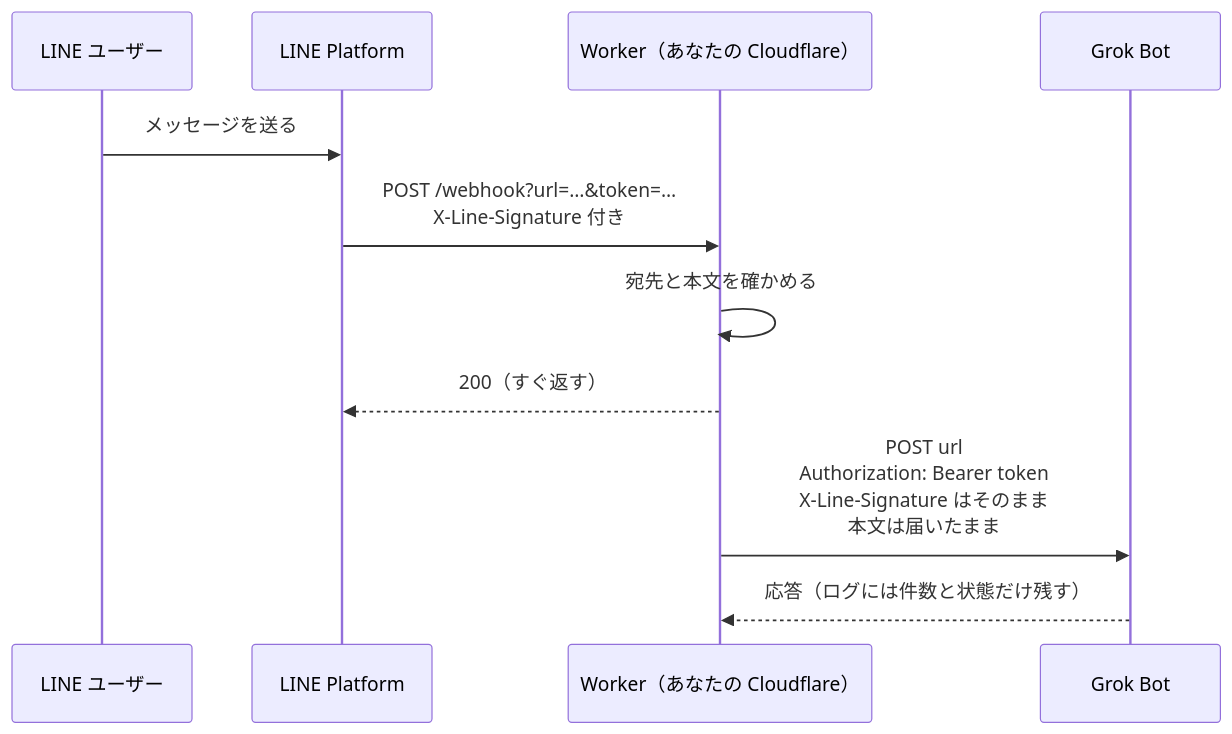
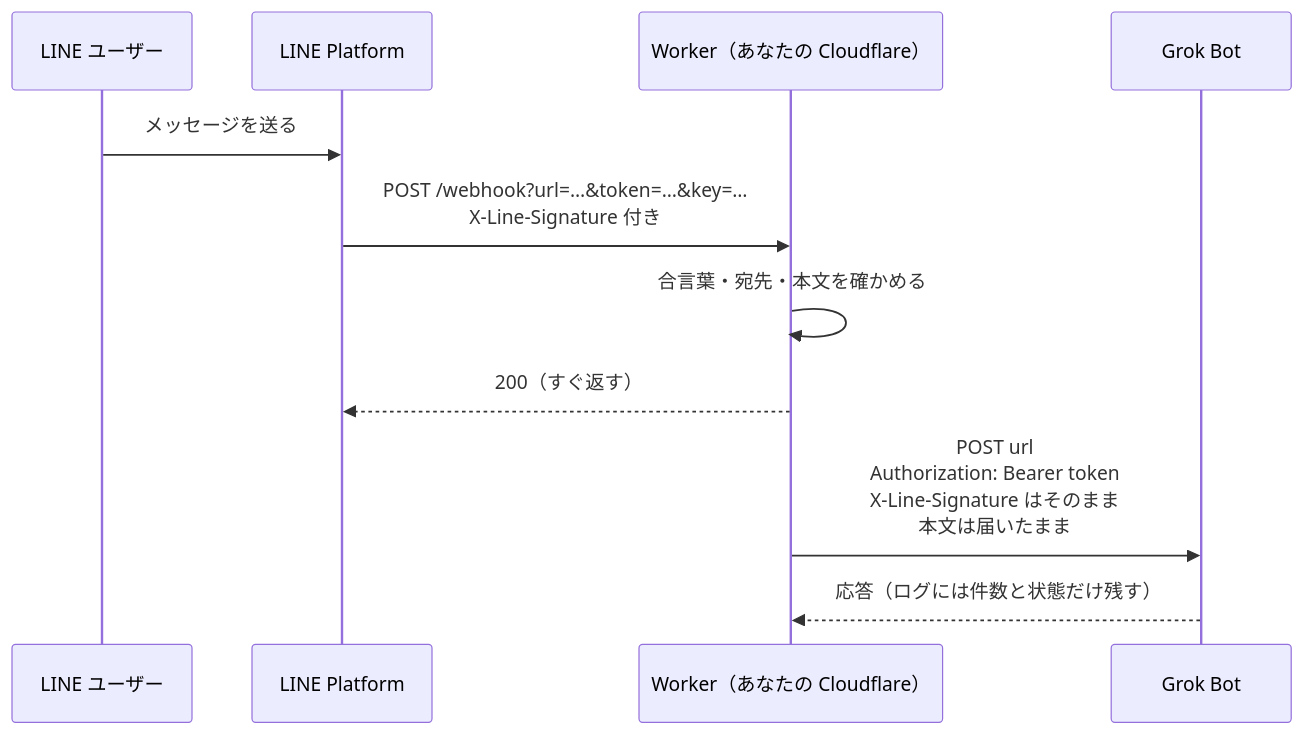
One commit to keesmark/grok-bot-harness-line changed the first of 2 diagrams in README.md. Above: the diagram before and after it, drawn with Mermaid. The commit also changed other lines of this file and 6 other files, not shown here.

````diff
--- a/README.md
+++ b/README.md
@@ -60,14 +57,14 @@
 ```mermaid
 sequenceDiagram
     participant U as LINE ユーザー
     participant L as LINE Platform
     participant W as Worker（あなたの Cloudflare）
     participant G as Grok Bot
 
     U->>L: メッセージを送る
-    L->>W: POST /webhook?url=…&token=…<br/>X-Line-Signature 付き
-    W->>W: 宛先と本文を確かめる
+    L->>W: POST /webhook?url=…&token=…&key=…<br/>X-Line-Signature 付き
+    W->>W: 合言葉・宛先・本文を確かめる
     W-->>L: 200（すぐ返す）
     W->>G: POST url<br/>Authorization: Bearer token<br/>X-Line-Signature はそのまま<br/>本文は届いたまま
     G-->>W: 応答（ログには件数と状態だけ残す）
 ```
````
